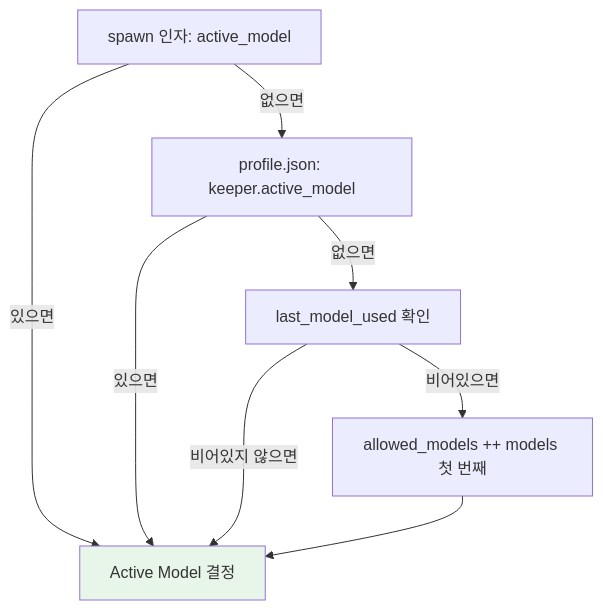
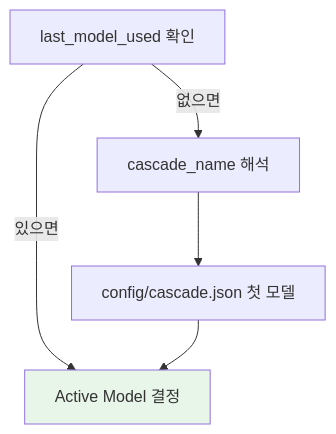
Before and after one commit to jeong-sik/masc: the second of 3 diagrams in docs/KEEPER-USER-MANUAL.md, drawn with Mermaid. The commit also changed other lines of this file and 43 other files, not shown here.

Commit message:
Remove keeper legacy model surface

````diff
--- a/docs/KEEPER-USER-MANUAL.md
+++ b/docs/KEEPER-USER-MANUAL.md
@@ -400,12 +389,9 @@
 ```mermaid
 flowchart TD
-    A[spawn 인자: active_model] -->|있으면| Z[Active Model 결정]
-    A -->|없으면| B[profile.json: keeper.active_model]
-    B -->|있으면| Z
-    B -->|없으면| C[last_model_used 확인]
-    C -->|비어있지 않으면| Z
-    C -->|비어있으면| D["allowed_models ++ models 첫 번째"]
-    D --> Z
+    A[last_model_used 확인] -->|있으면| Z[Active Model 결정]
+    A -->|없으면| B[cascade_name 해석]
+    B --> C[config/cascade.json 첫 모델]
+    C --> Z
 
     style Z fill:#e8f5e9
 ```
````
